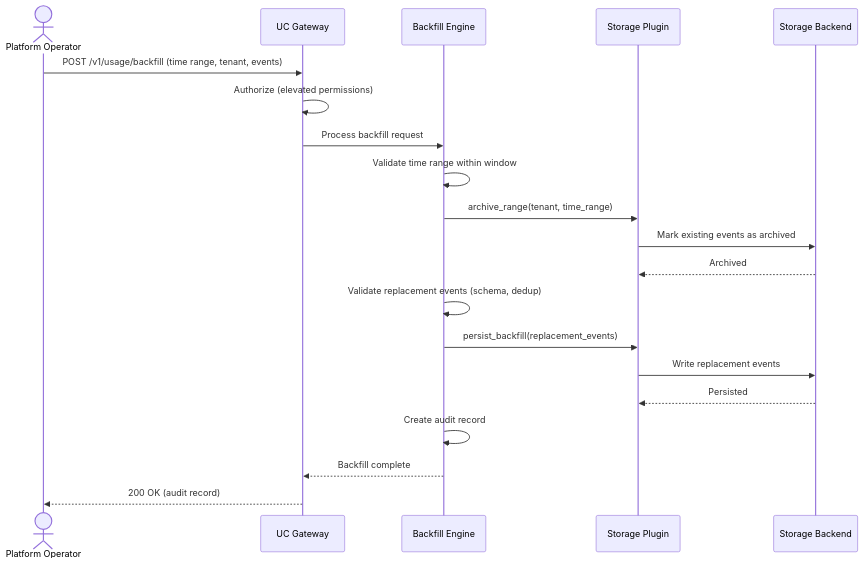
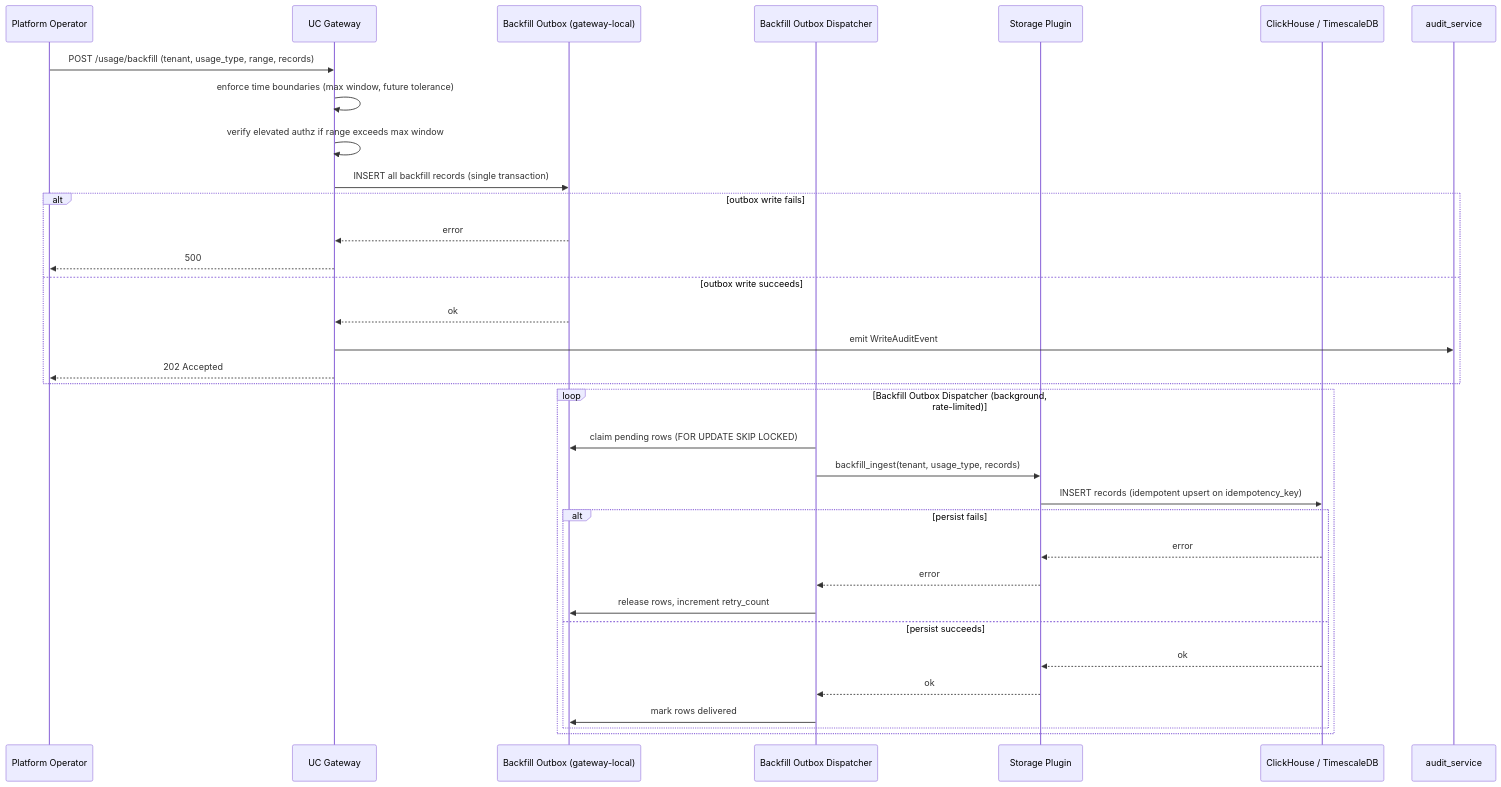
The fifth of 7 diagrams in modules/system/usage-collector/docs/DESIGN.md (capybutler/cyberfabric-core), drawn with Mermaid before and after one commit. The commit also changed other lines of this file and 5 other files, not shown here.

Commit message:
docs(usage_collector): use outbox pattern for usage delivery

````diff
--- a/modules/system/usage-collector/docs/DESIGN.md
+++ b/modules/system/usage-collector/docs/DESIGN.md
@@ -457,23 +656,38 @@
 ```mermaid
 sequenceDiagram
-    actor Op as Platform Operator
+    participant Op as Platform Operator
     participant GW as UC Gateway
-    participant BE as Backfill Engine
-    participant SP as Storage Plugin
-    participant DB as Storage Backend
+    participant OB as Backfill Outbox (gateway-local)
+    participant Dispatcher as Backfill Outbox Dispatcher
+    participant Plugin as Storage Plugin
+    participant DB as ClickHouse / TimescaleDB
+    participant AS as audit_service
 
-    Op->>GW: POST /v1/usage/backfill (time range, tenant, events)
-    GW->>GW: Authorize (elevated permissions)
-    GW->>BE: Process backfill request
-    BE->>BE: Validate time range within window
-    BE->>SP: archive_range(tenant, time_range)
-    SP->>DB: Mark existing events as archived
-    DB-->>SP: Archived
-    BE->>BE: Validate replacement events (schema, dedup)
-    BE->>SP: persist_backfill(replacement_events)
-    SP->>DB: Write replacement events
-    DB-->>SP: Persisted
-    BE->>BE: Create audit record
-    BE-->>GW: Backfill complete
-    GW-->>Op: 200 OK (audit record)
+    Op->>GW: POST /usage/backfill (tenant, usage_type, range, records)
+    GW->>GW: enforce time boundaries (max window, future tolerance)
+    GW->>GW: verify elevated authz if range exceeds max window
+    GW->>OB: INSERT all backfill records (single transaction)
+    alt outbox write fails
+        OB-->>GW: error
+        GW-->>Op: 500
+    else outbox write succeeds
+        OB-->>GW: ok
+        GW->>AS: emit WriteAuditEvent
+        GW-->>Op: 202 Accepted
+    end
+
+    loop Backfill Outbox Dispatcher (background, rate-limited)
+        Dispatcher->>OB: claim pending rows (FOR UPDATE SKIP LOCKED)
+        Dispatcher->>Plugin: backfill_ingest(tenant, usage_type, records)
+        Plugin->>DB: INSERT records (idempotent upsert on idempotency_key)
+        alt persist fails
+            DB-->>Plugin: error
+            Plugin-->>Dispatcher: error
+            Dispatcher->>OB: release rows, increment retry_count
+        else persist succeeds
+            DB-->>Plugin: ok
+            Plugin-->>Dispatcher: ok
+            Dispatcher->>OB: mark rows delivered
+        end
+    end
 ```
````
